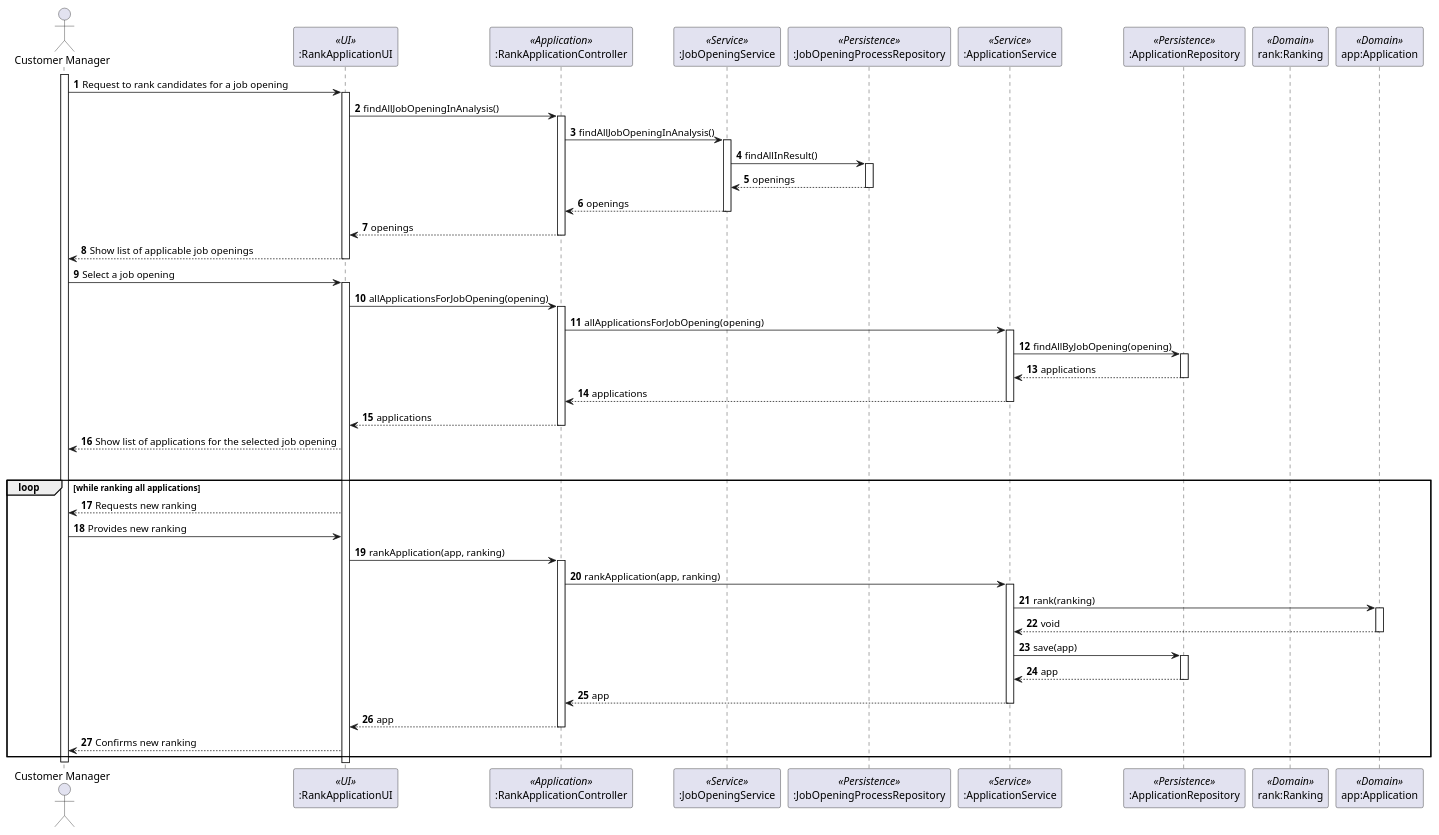
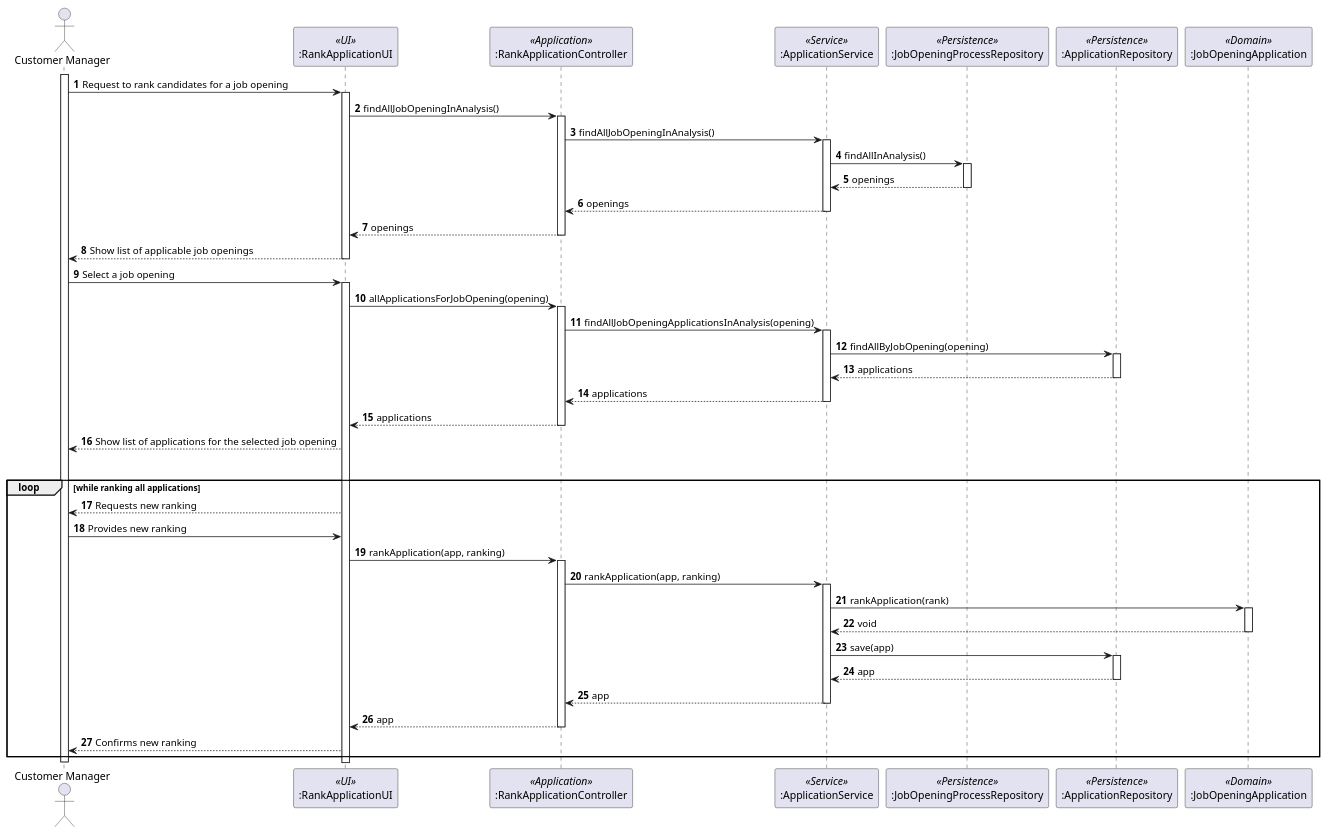
One commit to marcoferreira37/Lapr4 changed the diagram in docs/sprintC/1013/puml/1013-sequence-diagram.puml. Above: the diagram before and after it, drawn with PlantUML. The commit also changed 2 other files, not shown here.

Commit message:
#35 [US1013] - Sequence diagram updated, ApplicationService and RankApplicationController updated

```diff
--- a/docs/sprintC/1013/puml/1013-sequence-diagram.puml
+++ b/docs/sprintC/1013/puml/1013-sequence-diagram.puml
@@ -1,101 +1,99 @@
 @startuml
 
 actor "Customer Manager" as Agent
 participant ":RankApplicationUI" as ui <<UI>>
 participant ":RankApplicationController" as ctrl <<Application>>
-participant ":JobOpeningService" as jobServ <<Service>>
+participant ":ApplicationService" as appServ <<Service>>
 participant ":JobOpeningProcessRepository" as jobRepo <<Persistence>>
-participant ":ApplicationService" as appServ <<Service>>
 participant ":ApplicationRepository" as appRepo <<Persistence>>
-participant "rank:Ranking" as rank <<Domain>>
-participant "app:Application" as app <<Domain>>
+participant ":JobOpeningApplication" as app <<Domain>>
 
 autonumber
 
 activate Agent
 
 Agent -> ui: Request to rank candidates for a job opening
 activate ui
 ui -> ctrl: findAllJobOpeningInAnalysis()
 activate ctrl
-ctrl -> jobServ: findAllJobOpeningInAnalysis()
-activate jobServ
-jobServ -> jobRepo: findAllInResult()
+ctrl -> appServ: findAllJobOpeningInAnalysis()
+activate appServ
+appServ -> jobRepo: findAllInAnalysis()
 activate jobRepo
-jobRepo --> jobServ: openings
+jobRepo --> appServ: openings
 deactivate
-jobServ --> ctrl: openings
+appServ --> ctrl: openings
 deactivate
 ctrl --> ui: openings
 deactivate
 ui --> Agent: Show list of applicable job openings
 deactivate
 Agent -> ui : Select a job opening
 activate ui
 
 
 
 ui -> ctrl: allApplicationsForJobOpening(opening)
 
 activate ctrl
 
-ctrl -> appServ: allApplicationsForJobOpening(opening)
+ctrl -> appServ: findAllJobOpeningApplicationsInAnalysis(opening)
 
 
 
 
 activate appServ
 appServ -> appRepo: findAllByJobOpening(opening)
 activate appRepo
 appRepo --> appServ: applications
 deactivate
 
 appServ --> ctrl: applications
 deactivate
 
 ctrl --> ui: applications
 deactivate
 
 ui --> Agent : Show list of applications for the selected job opening
 alt User wants to re-rank an application
 loop while ranking all applications
 
 ui --> Agent : Requests new ranking
 
 Agent -> ui : Provides new ranking
 ui -> ctrl : rankApplication(app, ranking)
 
 activate ctrl
 ctrl -> appServ : rankApplication(app, ranking)
 
 activate appServ
 
-appServ -> app : rank(ranking)
+appServ -> app : rankApplication(rank)
 
 
 activate app
 
 app --> appServ : void
 
 deactivate app
 
 
 
 appServ -> appRepo : save(app)
 activate appRepo
 appRepo --> appServ : app
 deactivate
 appServ --> ctrl : app
 deactivate
 ctrl --> ui : app
 deactivate
 ui --> Agent  : Confirms new ranking
 
 
 end loop
 
 deactivate Agent
 
 
 
 @enduml
```
